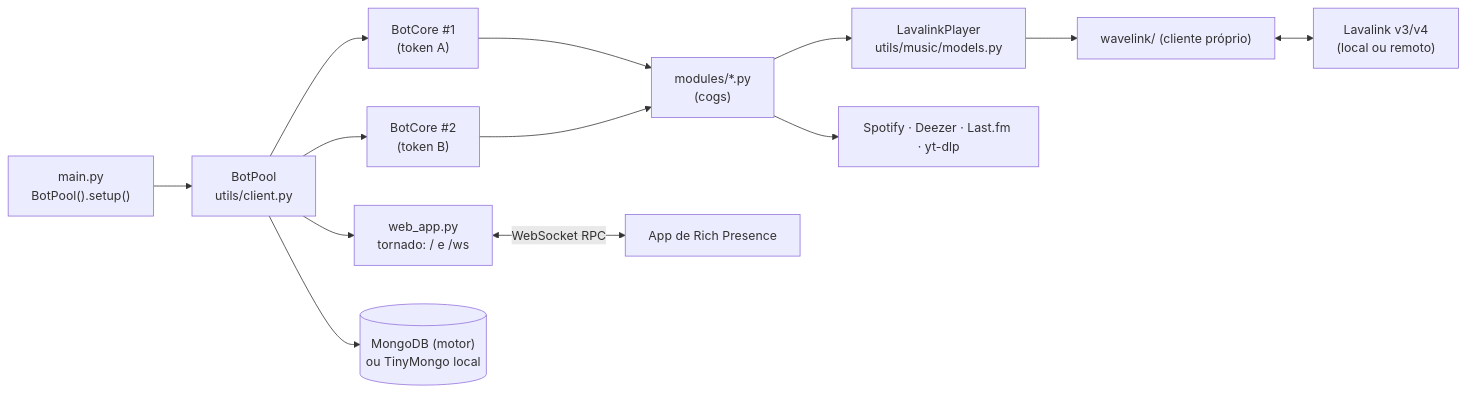
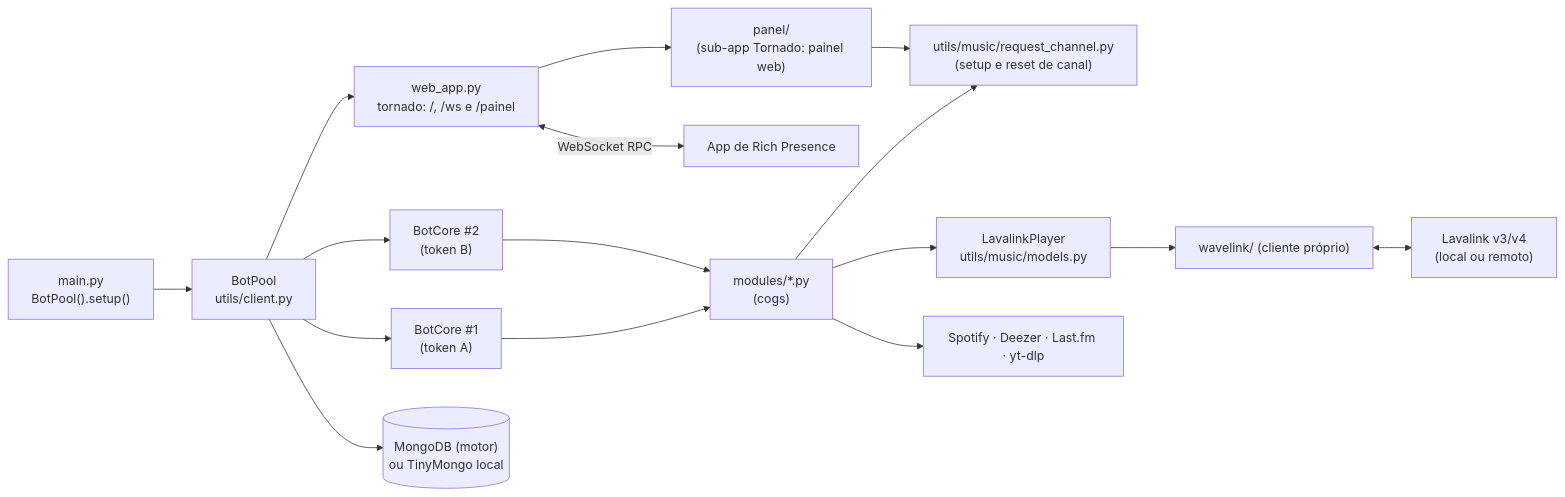
One commit to DEVenur/EmpireMuse changed the diagram in docs/architecture.md. Above: the diagram before and after it, drawn with Mermaid. The commit also changed other lines of this file and 9 other files, not shown here.

First line of the commit message:
docs: ADR 0002, guia do painel web e problemas conhecidos

````diff
--- a/docs/architecture.md
+++ b/docs/architecture.md
@@ -13,14 +13,17 @@
 ```mermaid
 flowchart LR
     main["main.py<br/>BotPool().setup()"] --> pool["BotPool<br/>utils/client.py"]
     pool --> b1["BotCore #1<br/>(token A)"]
     pool --> b2["BotCore #2<br/>(token B)"]
-    pool --> web["web_app.py<br/>tornado: / e /ws"]
+    pool --> web["web_app.py<br/>tornado: /, /ws e /painel"]
     pool --> db[("MongoDB (motor)<br/>ou TinyMongo local")]
     b1 & b2 --> cogs["modules/*.py<br/>(cogs)"]
+    cogs --> req["utils/music/request_channel.py<br/>(setup e reset de canal)"]
     cogs --> player["LavalinkPlayer<br/>utils/music/models.py"]
     player --> wl["wavelink/ (cliente próprio)"]
     wl <--> ll["Lavalink v3/v4<br/>(local ou remoto)"]
     cogs --> ext["Spotify · Deezer · Last.fm · yt-dlp"]
     web <-->|"WebSocket RPC"| rpc["App de Rich Presence"]
+    web --> panel["panel/<br/>(sub-app Tornado: painel web)"]
+    panel --> req
 ```
````
